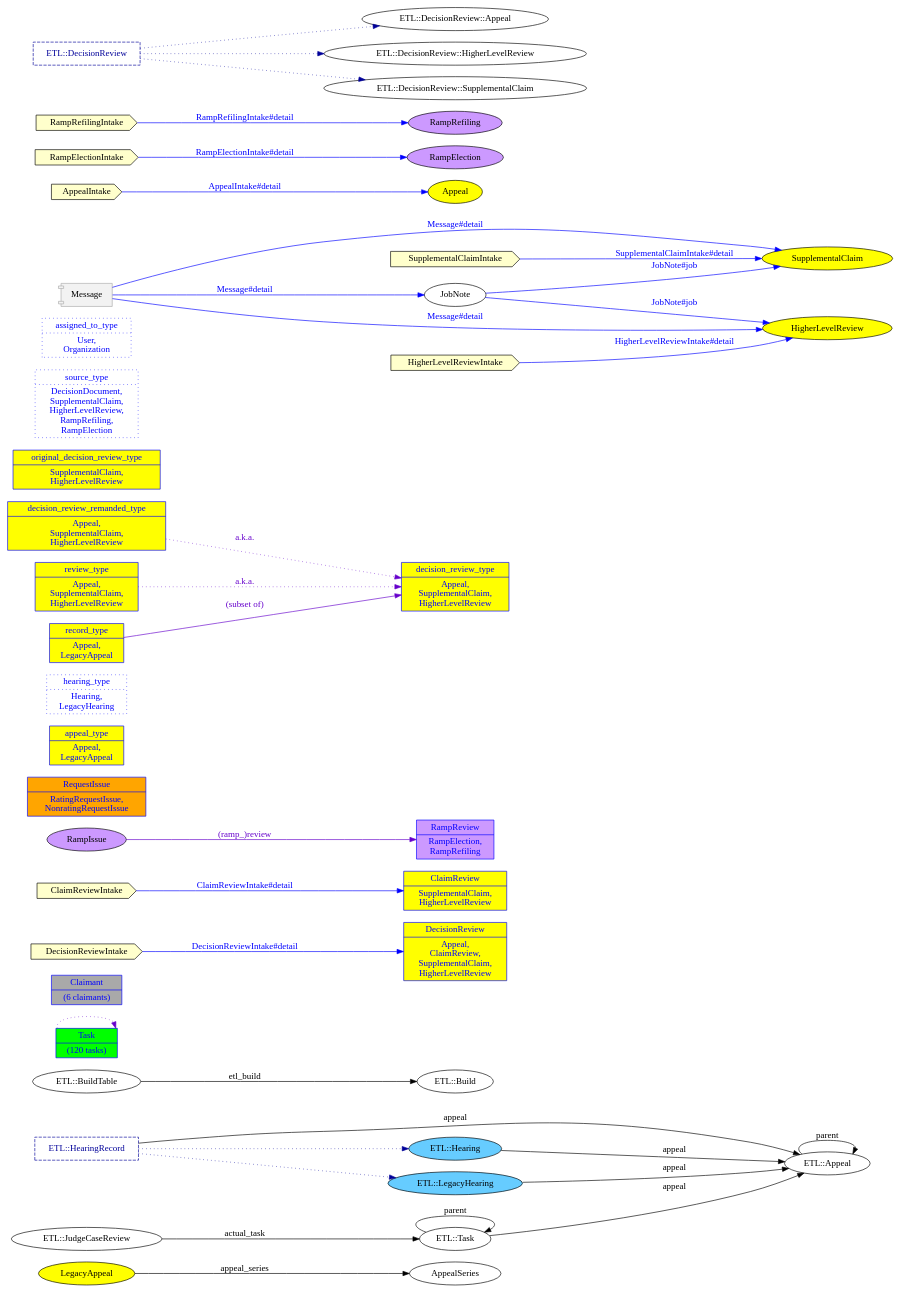
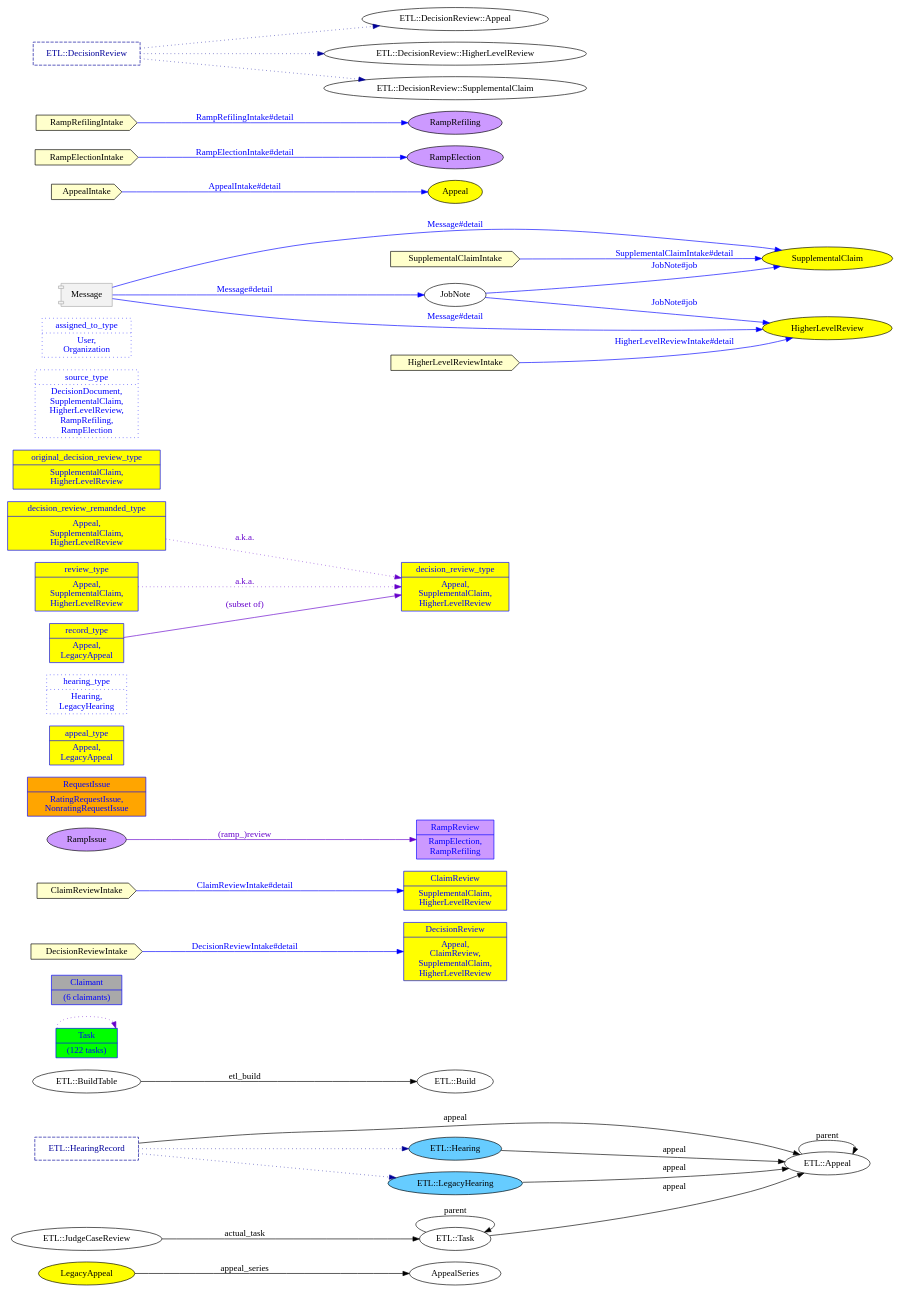
The diagram in __task_trees/content/schema/make_docs/etl-belongs_to_erd-subclasses.dot (department-of-veterans-affairs/caseflow), drawn with Graphviz before and after one commit. The commit also changed 20 other files, not shown here.

Commit message:
`make docs` GH Action: automatically update DB schema documentation files

```diff
--- a/__task_trees/content/schema/make_docs/etl-belongs_to_erd-subclasses.dot
+++ b/__task_trees/content/schema/make_docs/etl-belongs_to_erd-subclasses.dot
@@ -65,7 +65,7 @@
 	Task	[color="#0000ff",
 		fillcolor="#00ff00",
 		fontcolor="#0000ff",
-		label="Task|(120 tasks)",
+		label="Task|(122 tasks)",
 		shape=record,
 		style=filled,
 		];
```
